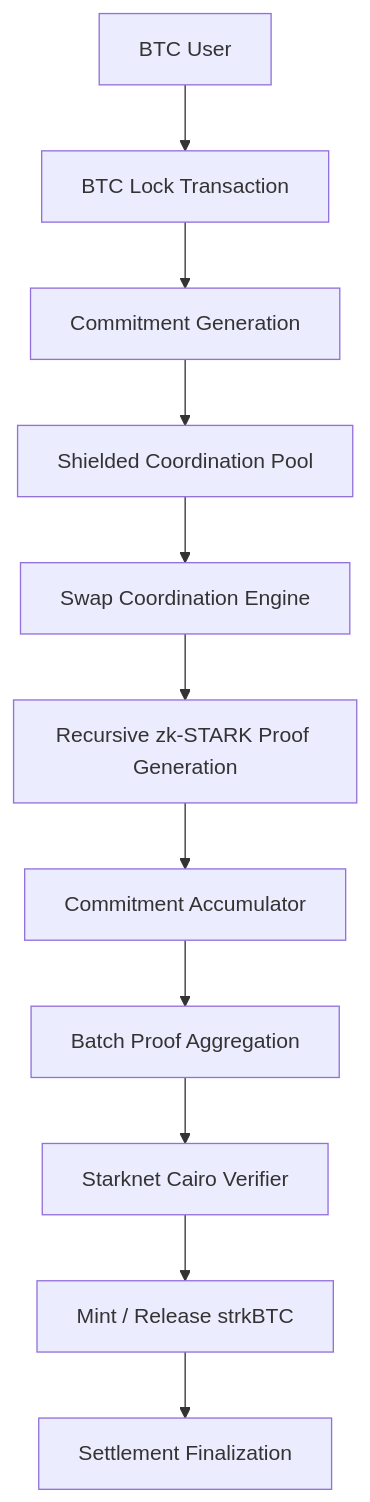
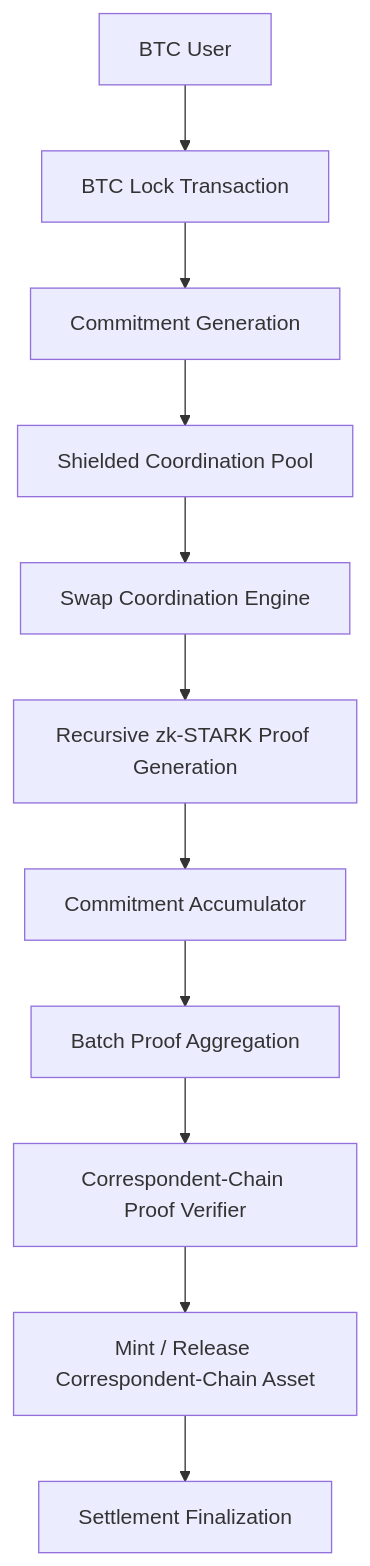
The diagram in swapping-mechanism.md (bcyx-protocol/docs), drawn with Mermaid before and after one commit. The commit also changed other lines of this file and 9 other files, not shown here.

````diff
--- a/swapping-mechanism.md
+++ b/swapping-mechanism.md
@@ -55,24 +55,24 @@
 ```mermaid
 flowchart TD
 
 A[BTC User]
 --> B[BTC Lock Transaction]
 
 B --> C[Commitment Generation]
 
 C --> D[Shielded Coordination Pool]
 
 D --> E[Swap Coordination Engine]
 
 E --> F[Recursive zk-STARK Proof Generation]
 
 F --> G[Commitment Accumulator]
 
 G --> H[Batch Proof Aggregation]
 
-H --> I[Starknet Cairo Verifier]
+H --> I[Correspondent-Chain Proof Verifier]
 
-I --> J[Mint / Release strkBTC]
+I --> J[Mint / Release Correspondent-Chain Asset]
 
 J --> K[Settlement Finalization]
 ```
````
